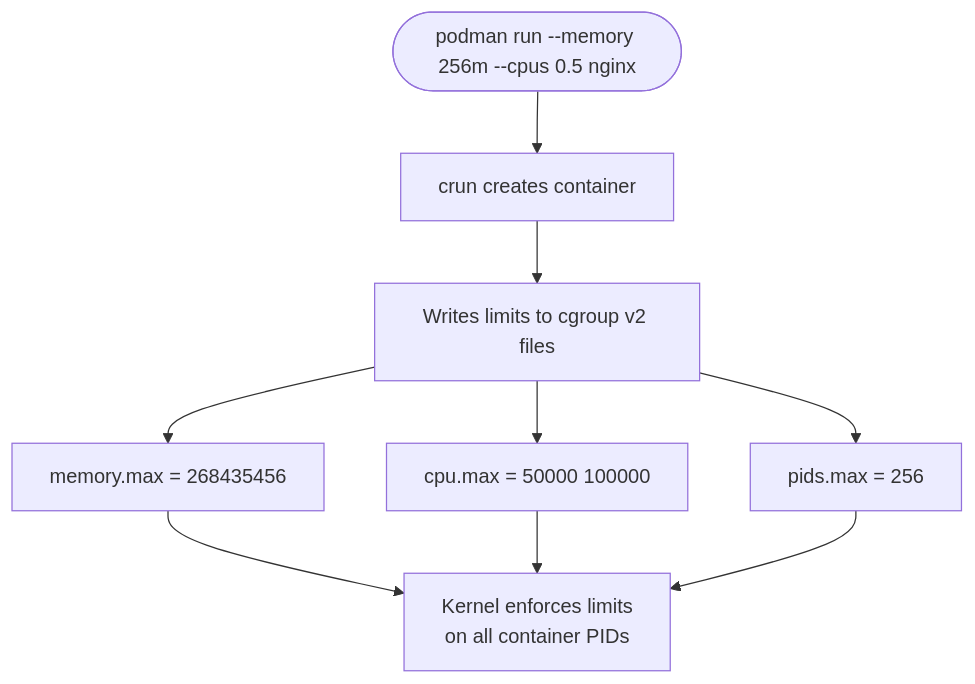
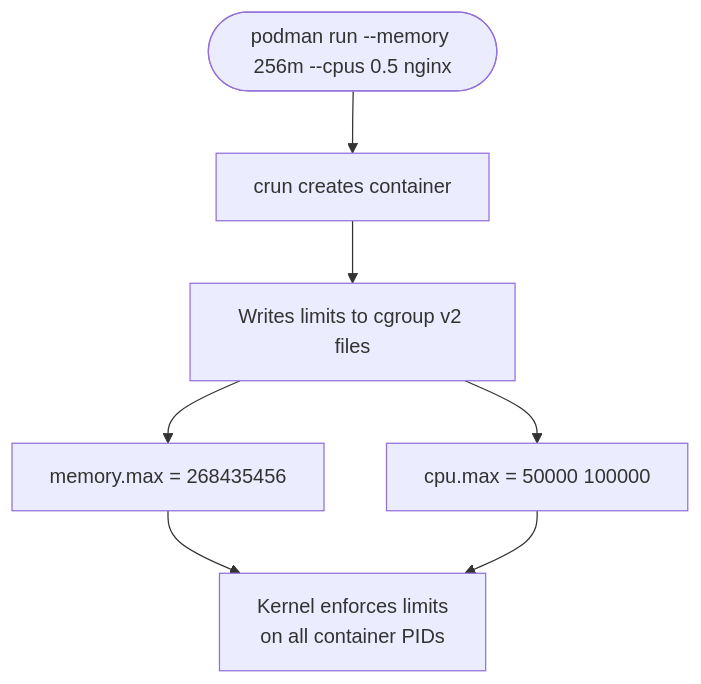
One commit to UncleJS/course_podman changed the fourth of 5 diagrams in modules/01-containers-101.md. Above: the diagram before and after it, drawn with Mermaid. The commit also changed other lines of this file and 58 other files, not shown here.

````diff
--- a/modules/01-containers-101.md
+++ b/modules/01-containers-101.md
@@ -233,12 +235,10 @@
 ```mermaid
 flowchart TD
     A(["podman run --memory 256m --cpus 0.5 nginx"])
     A --> B["crun creates container"]
     B --> C["Writes limits to cgroup v2 files"]
     C --> D["memory.max = 268435456"]
     C --> E["cpu.max = 50000 100000"]
-    C --> F["pids.max = 256"]
     D --> G["Kernel enforces limits<br/>on all container PIDs"]
     E --> G
-    F --> G
 ```
````
